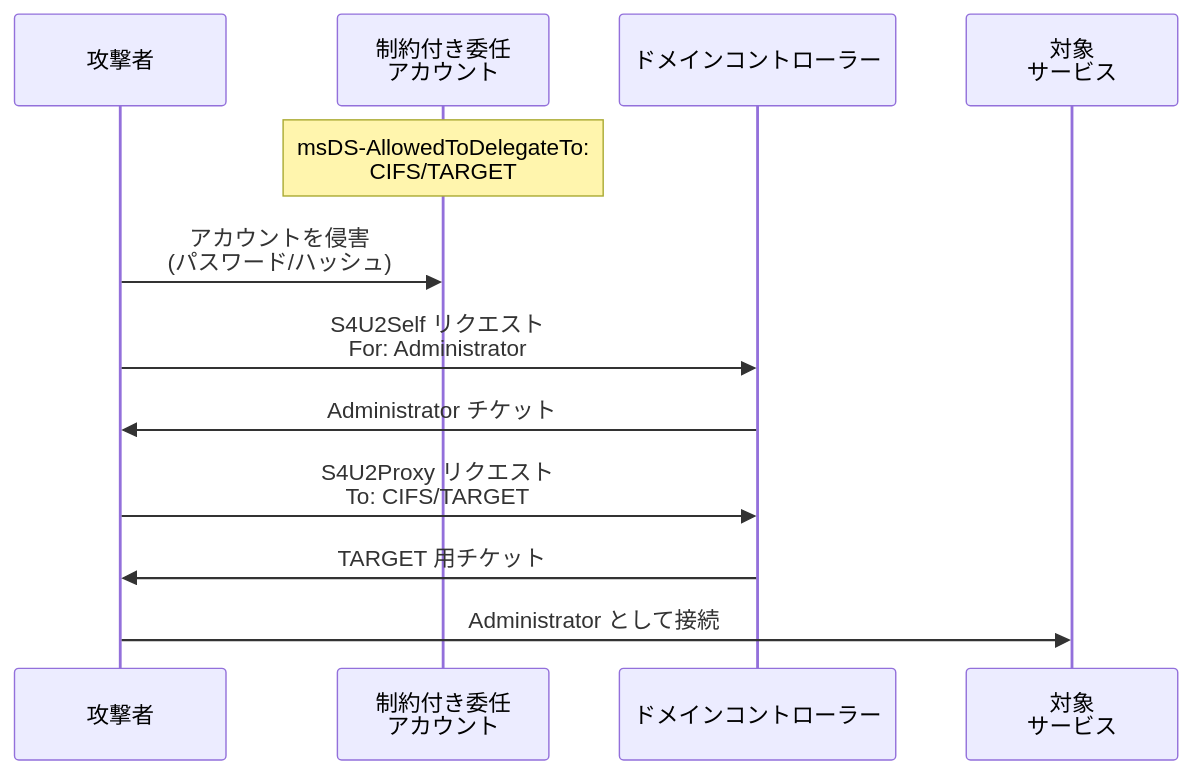
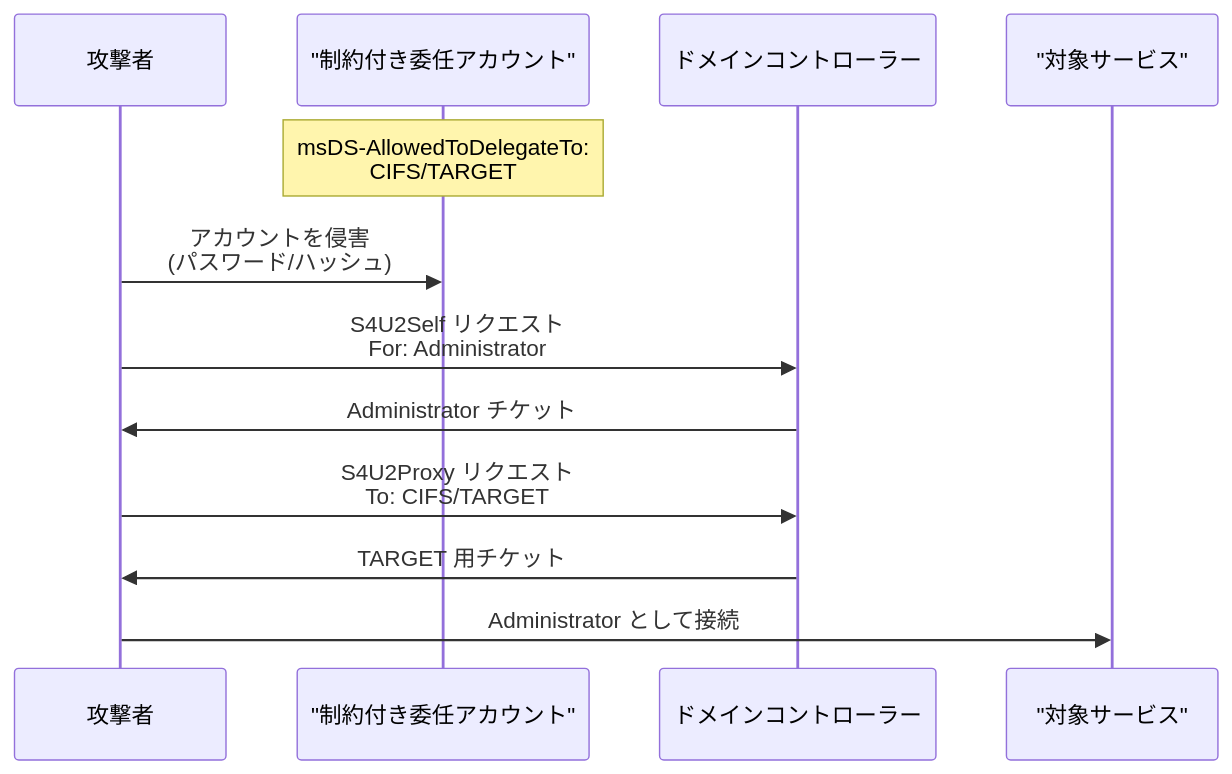
One commit to morimori-dev/morimori-dev.github.io changed the sixth of 6 diagrams in _posts/2026-03-03-tech-rbcd-attack-guide-ja.md. Above: the diagram before and after it, drawn with Mermaid. The commit also changed other lines of this file and 7 other files, not shown here.

First line of the commit message:
Fix Mermaid syntax errors in 8 posts

````diff
--- a/_posts/2026-03-03-tech-rbcd-attack-guide-ja.md
+++ b/_posts/2026-03-03-tech-rbcd-attack-guide-ja.md
@@ -642,19 +642,19 @@
 ```mermaid
 sequenceDiagram
     participant A as 攻撃者
-    participant CD as 制約付き委任<br/>アカウント
+    participant CD as "制約付き委任アカウント"
     participant DC as ドメインコントローラー
-    participant T as 対象<br/>サービス
+    participant T as "対象サービス"
 
     Note over CD: msDS-AllowedToDelegateTo:<br/>CIFS/TARGET
 
     A->>CD: アカウントを侵害<br/>(パスワード/ハッシュ)
 
     A->>DC: S4U2Self リクエスト<br/>For: Administrator
     DC->>A: Administrator チケット
 
     A->>DC: S4U2Proxy リクエスト<br/>To: CIFS/TARGET
     DC->>A: TARGET 用チケット
 
     A->>T: Administrator として接続
 ```
````
